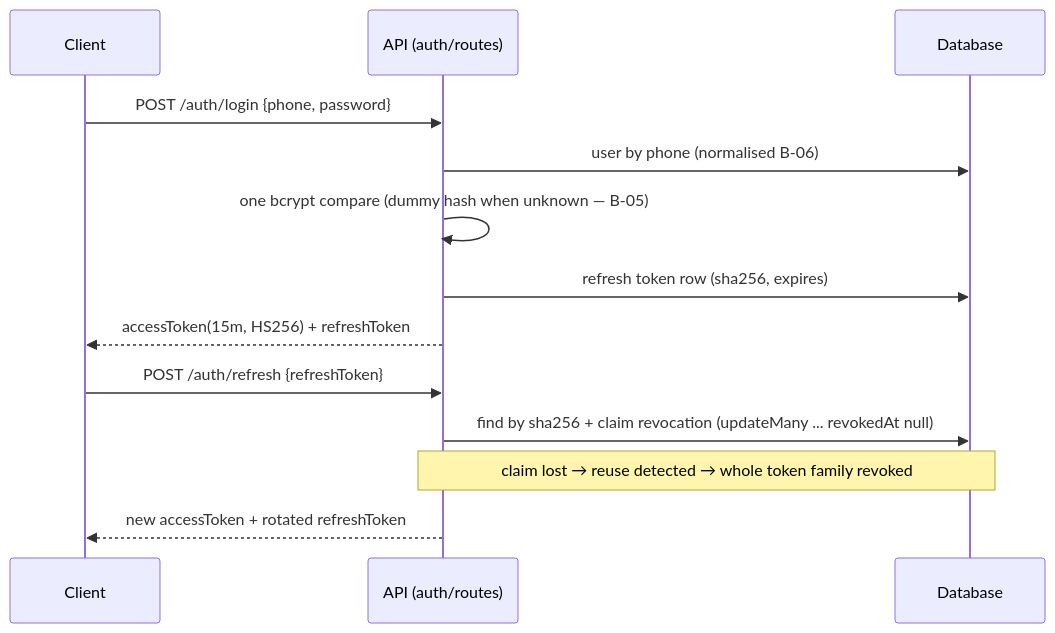
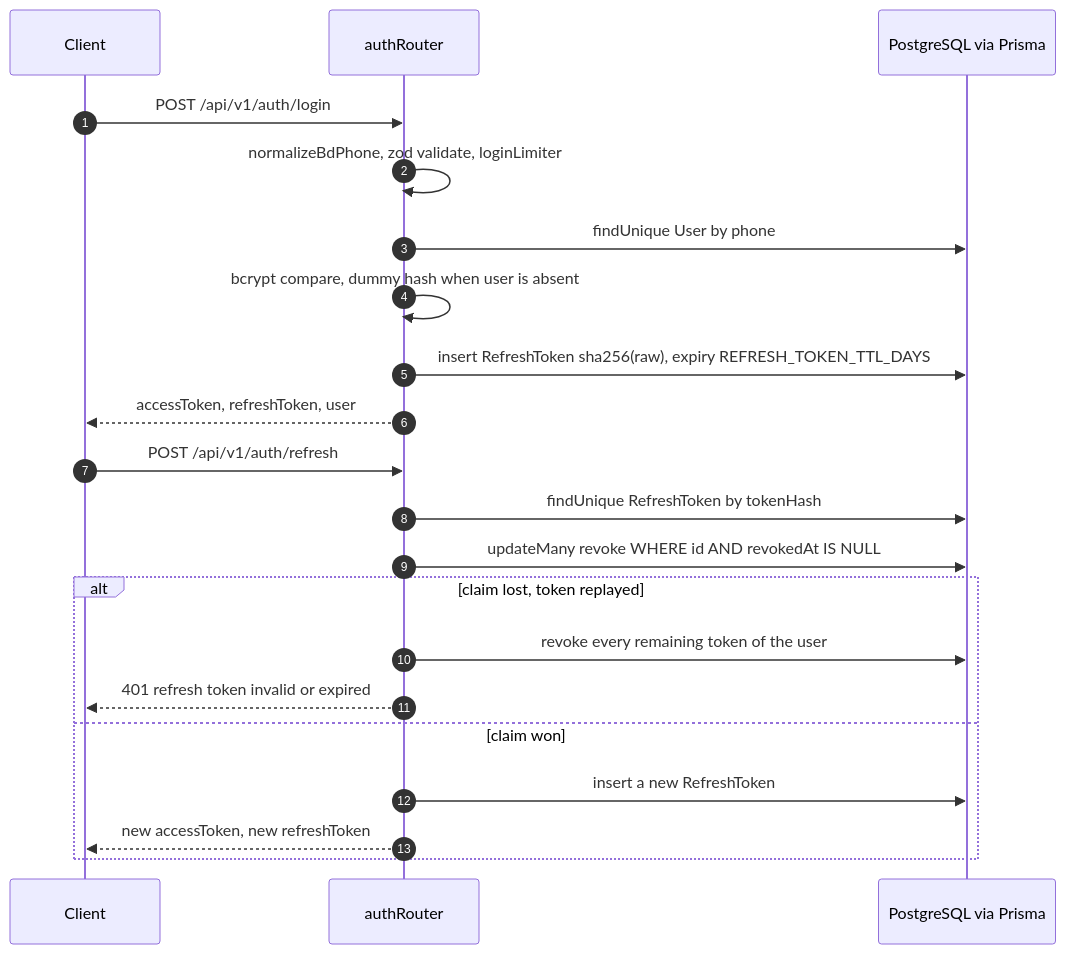
Before and after one commit to tanviruchahs2580/AgroBridge: the fourth of 9 diagrams in docs/architecture.md, drawn with Mermaid. The commit also changed other lines of this file and 300 other files, not shown here.

````diff
--- a/docs/architecture.md
+++ b/docs/architecture.md
@@ -108,15 +139,23 @@
 ```mermaid
 sequenceDiagram
+  autonumber
   participant C as Client
-  participant A as API (auth/routes)
-  participant D as Database
-  C->>A: POST /auth/login {phone, password}
-  A->>D: user by phone (normalised B-06)
-  A->>A: one bcrypt compare (dummy hash when unknown — B-05)
-  A->>D: refresh token row (sha256, expires)
-  A-->>C: accessToken(15m, HS256) + refreshToken
-  C->>A: POST /auth/refresh {refreshToken}
-  A->>D: find by sha256 + claim revocation (updateMany ... revokedAt null)
-  note over A,D: claim lost → reuse detected → whole token family revoked
-  A-->>C: new accessToken + rotated refreshToken
+  participant A as authRouter
+  participant DB as PostgreSQL via Prisma
+  C->>A: POST /api/v1/auth/login
+  A->>A: normalizeBdPhone, zod validate, loginLimiter
+  A->>DB: findUnique User by phone
+  A->>A: bcrypt compare, dummy hash when user is absent
+  A->>DB: insert RefreshToken sha256(raw), expiry REFRESH_TOKEN_TTL_DAYS
+  A-->>C: accessToken, refreshToken, user
+  C->>A: POST /api/v1/auth/refresh
+  A->>DB: findUnique RefreshToken by tokenHash
+  A->>DB: updateMany revoke WHERE id AND revokedAt IS NULL
+  alt claim lost, token replayed
+    A->>DB: revoke every remaining token of the user
+    A-->>C: 401 refresh token invalid or expired
+  else claim won
+    A->>DB: insert a new RefreshToken
+    A-->>C: new accessToken, new refreshToken
+  end
 ```
````
